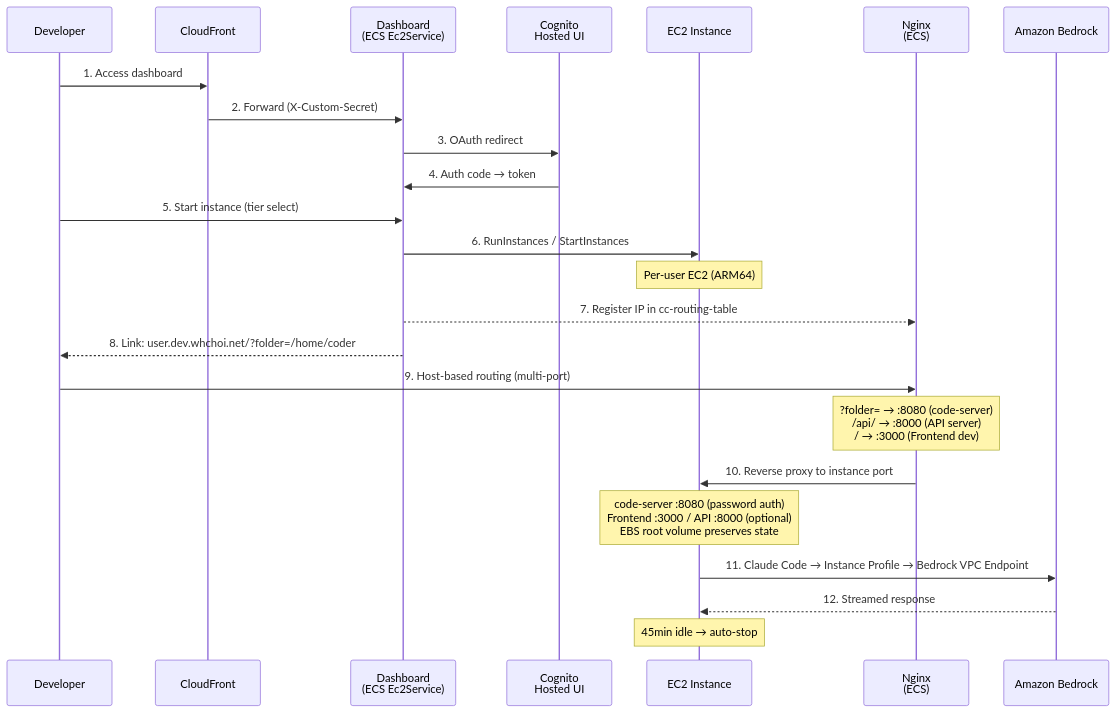
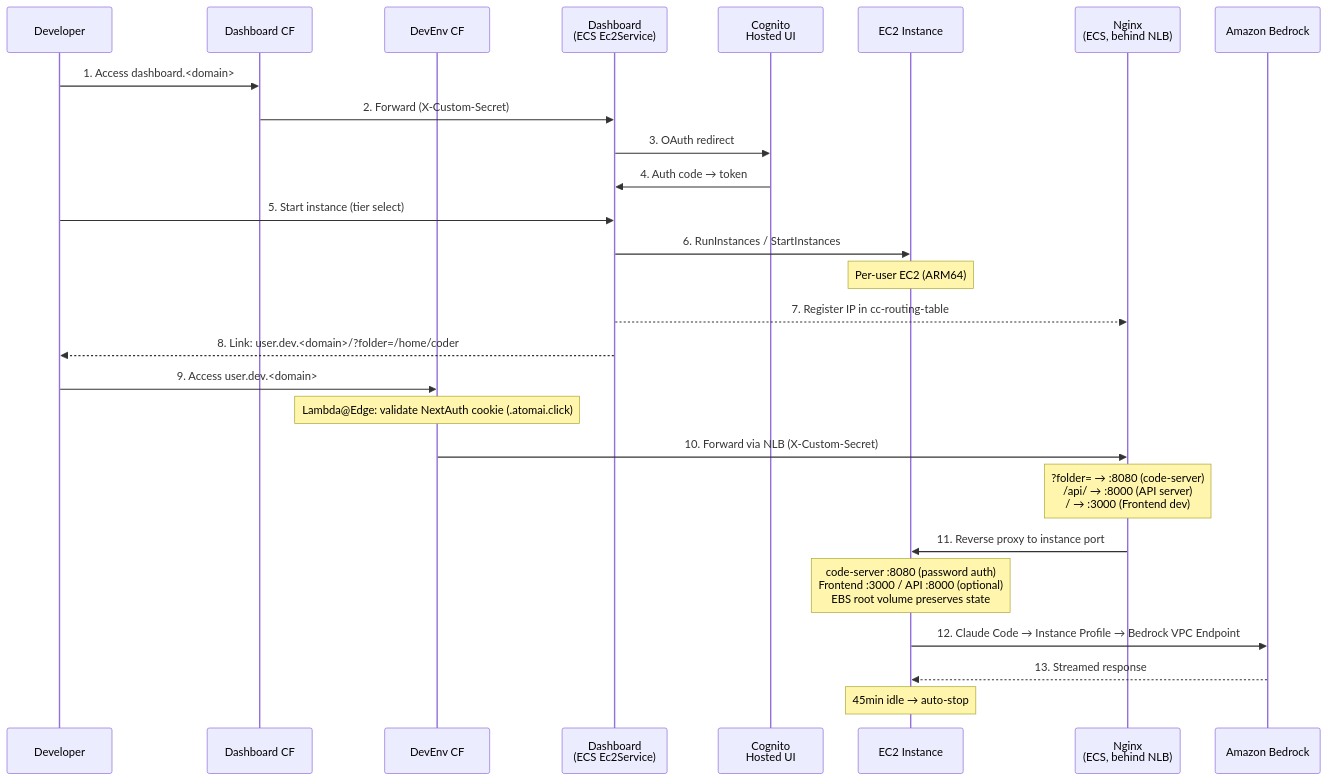
One commit to Atom-oh/cc-on-bedrock changed the fifth of 11 diagrams in docs/architecture.md. Above: the diagram before and after it, drawn with Mermaid. The commit also changed other lines of this file and 39 other files, not shown here.

First line of the commit message:
feat: ADR-014/015/016 — Local Governance Mode + CloudFront split + CLI installer

````diff
--- a/docs/architecture.md
+++ b/docs/architecture.md
@@ -269,27 +279,30 @@
 ```mermaid
 sequenceDiagram
     participant User as Developer
-    participant CF as CloudFront
+    participant DashCF as Dashboard CF
+    participant DevCF as DevEnv CF
     participant Dash as Dashboard<br/>(ECS Ec2Service)
     participant Cognito as Cognito<br/>Hosted UI
     participant EC2 as EC2 Instance
-    participant Nginx as Nginx<br/>(ECS)
+    participant Nginx as Nginx<br/>(ECS, behind NLB)
     participant Bedrock as Amazon Bedrock
 
-    User->>CF: 1. Access dashboard
-    CF->>Dash: 2. Forward (X-Custom-Secret)
+    User->>DashCF: 1. Access dashboard.<domain>
+    DashCF->>Dash: 2. Forward (X-Custom-Secret)
     Dash->>Cognito: 3. OAuth redirect
     Cognito->>Dash: 4. Auth code → token
     User->>Dash: 5. Start instance (tier select)
     Dash->>EC2: 6. RunInstances / StartInstances
     Note over EC2: Per-user EC2 (ARM64)
     Dash-->>Nginx: 7. Register IP in cc-routing-table
-    Dash-->>User: 8. Link: user.dev.whchoi.net/?folder=/home/coder
-    User->>Nginx: 9. Host-based routing (multi-port)
+    Dash-->>User: 8. Link: user.dev.<domain>/?folder=/home/coder
+    User->>DevCF: 9. Access user.dev.<domain>
+    Note over DevCF: Lambda@Edge: validate NextAuth cookie (.atomai.click)
+    DevCF->>Nginx: 10. Forward via NLB (X-Custom-Secret)
     Note over Nginx: ?folder= → :8080 (code-server)<br/>/api/ → :8000 (API server)<br/>/ → :3000 (Frontend dev)
-    Nginx->>EC2: 10. Reverse proxy to instance port
+    Nginx->>EC2: 11. Reverse proxy to instance port
     Note over EC2: code-server :8080 (password auth)<br/>Frontend :3000 / API :8000 (optional)<br/>EBS root volume preserves state
-    EC2->>Bedrock: 11. Claude Code → Instance Profile → Bedrock VPC Endpoint
-    Bedrock-->>EC2: 12. Streamed response
+    EC2->>Bedrock: 12. Claude Code → Instance Profile → Bedrock VPC Endpoint
+    Bedrock-->>EC2: 13. Streamed response
     Note over EC2: 45min idle → auto-stop
 ```
````
